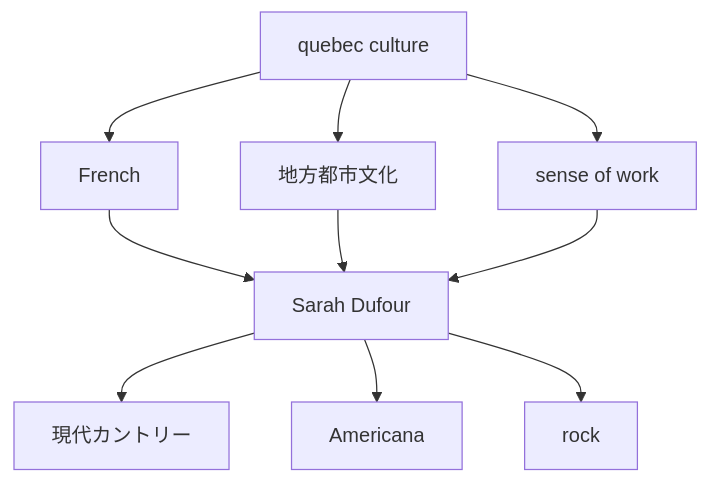
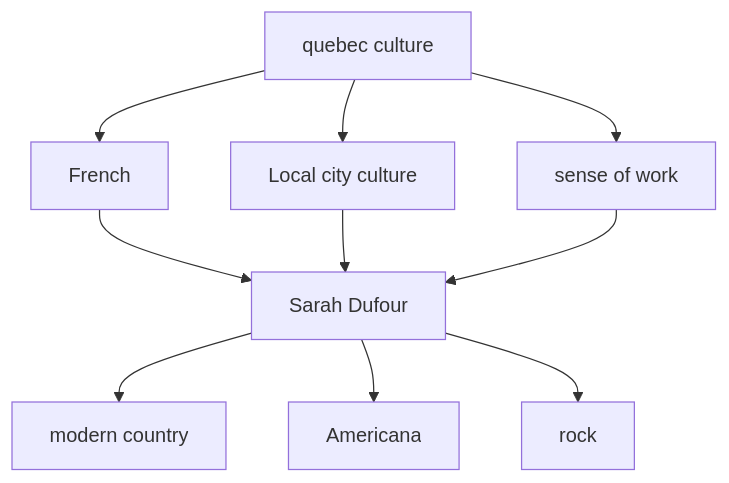
The first of 9 diagrams in en/_posts/2026-05-09-column-sarah-dufour.md (monumental-movement/monumental-movement.github.io), drawn with Mermaid before and after one commit. The commit also changed other lines of this file and 851 other files, not shown here.

```diff
--- a/en/_posts/2026-05-09-column-sarah-dufour.md
+++ b/en/_posts/2026-05-09-column-sarah-dufour.md
@@ -54,14 +54,14 @@
 <div class="mermaid">
 graph TD
 A[quebec culture] --> B[French]
-A --> C[地方都市文化]
+A --> C[Local city culture]
 A --> D[sense of work]
 
 B --> E[Sarah Dufour]
 C --> E
 D --> E
 
-E --> F[現代カントリー]
+E --> F[modern country]
 E --> G[Americana]
 E --> H[rock]
 </div>
```
